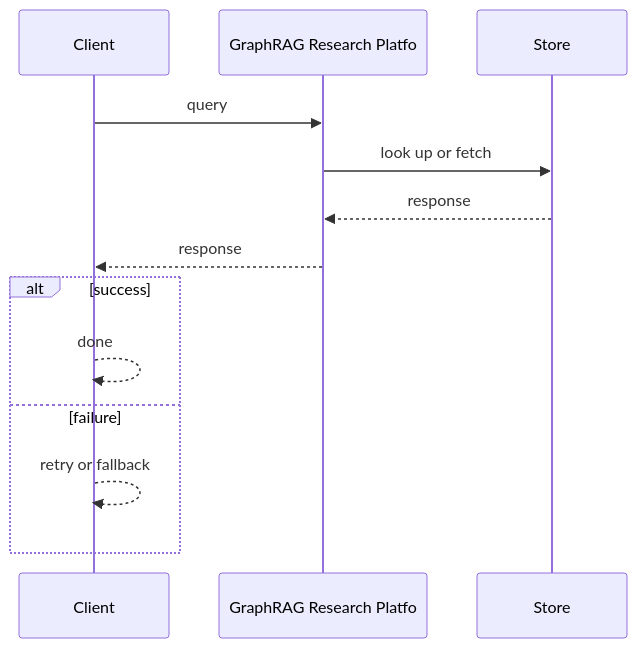
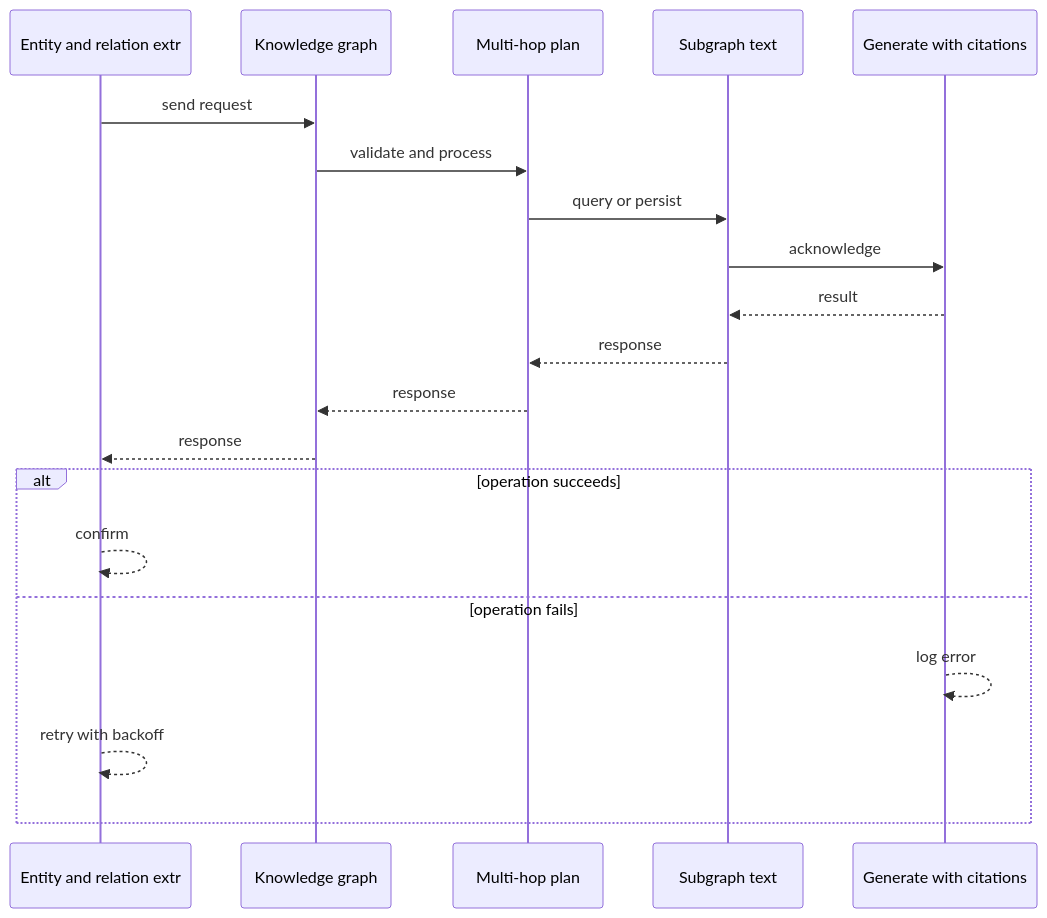
The second of 4 diagrams in case-studies/ai-systems/graphrag-research-platform.md (RIT-MESH/system-design-mastery), drawn with Mermaid before and after one commit. The commit also changed other lines of this file and 64 other files, not shown here.

````diff
--- a/case-studies/ai-systems/graphrag-research-platform.md
+++ b/case-studies/ai-systems/graphrag-research-platform.md
@@ -77,16 +63,23 @@
 ```mermaid
 %% created-for: system-design-mastery
 sequenceDiagram
-  participant P0 as Client
-  participant P1 as GraphRAG Research Platfo
-  participant P2 as Store
-  P0 ->> P1: query
-  P1 ->> P2: look up or fetch
-  P2 -->> P1: response
-  P1 -->> P0: response
-  alt success
-    P0 -->> P0: done
-  else failure
-    P0 -->> P0: retry or fallback
+  participant C0 as Entity and relation extr
+  participant C1 as Knowledge graph
+  participant C2 as Multi-hop plan
+  participant C3 as Subgraph text
+  participant C4 as Generate with citations
+  C0 ->> C1: send request
+  C1 ->> C2: validate and process
+  C2 ->> C3: query or persist
+  C3 ->> C4: acknowledge
+  C4 -->> C3: result
+  C3 -->> C2: response
+  C2 -->> C1: response
+  C1 -->> C0: response
+  alt operation succeeds
+    C0 -->> C0: confirm
+  else operation fails
+    C4 -->> C4: log error
+    C0 -->> C0: retry with backoff
   end
 ```
````
